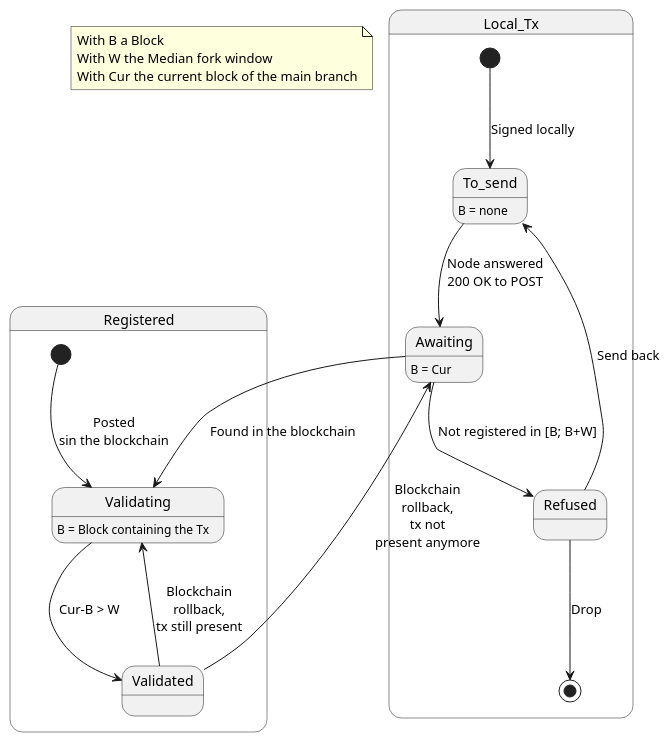
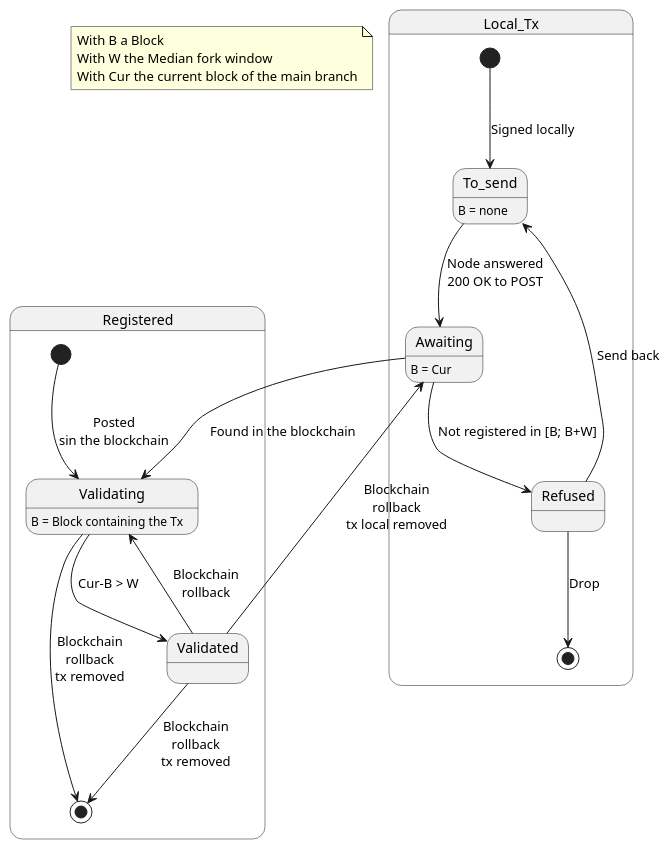
One commit to duniter/sakia changed the diagram in doc/uml/tx_lifecycle.pu. Above: the diagram before and after it, drawn with PlantUML. The commit also changed 1 other file, not shown here.

```diff
--- a/doc/uml/tx_lifecycle.pu
+++ b/doc/uml/tx_lifecycle.pu
@@ -1,22 +1,24 @@
 @startuml
 
 note "With B a Block\nWith W the Median fork window\nWith Cur the current block of the main branch" as N1
 state Local_Tx {
  [*] --> To_send : Signed locally
  To_send : B = none
  To_send --> Awaiting : Node answered\n200 OK to POST
  Awaiting : B = Cur
  Awaiting --> Refused : Not registered in [B; B+W]
  Refused --> To_send : Send back
  Refused --> [*] : Drop
 }
 state Registered {
  [*] --> Validating : Posted\nsin the blockchain
  Validating : B = Block containing the Tx
  Awaiting --> Validating : Found in the blockchain
  Validating --> Validated : Cur-B > W
- Validated --> Validating : Blockchain\nrollback,\ntx still present
- Validated --> Awaiting : Blockchain\nrollback,\ntx not\npresent anymore
+ Validated --> Validating : Blockchain\nrollback
+ Validated --> Awaiting : Blockchain\nrollback\ntx local removed
+ Validated --> [*] : Blockchain\nrollback\ntx removed
+ Validating --> [*] : Blockchain\nrollback\ntx removed
 }
 
 @enduml
```
